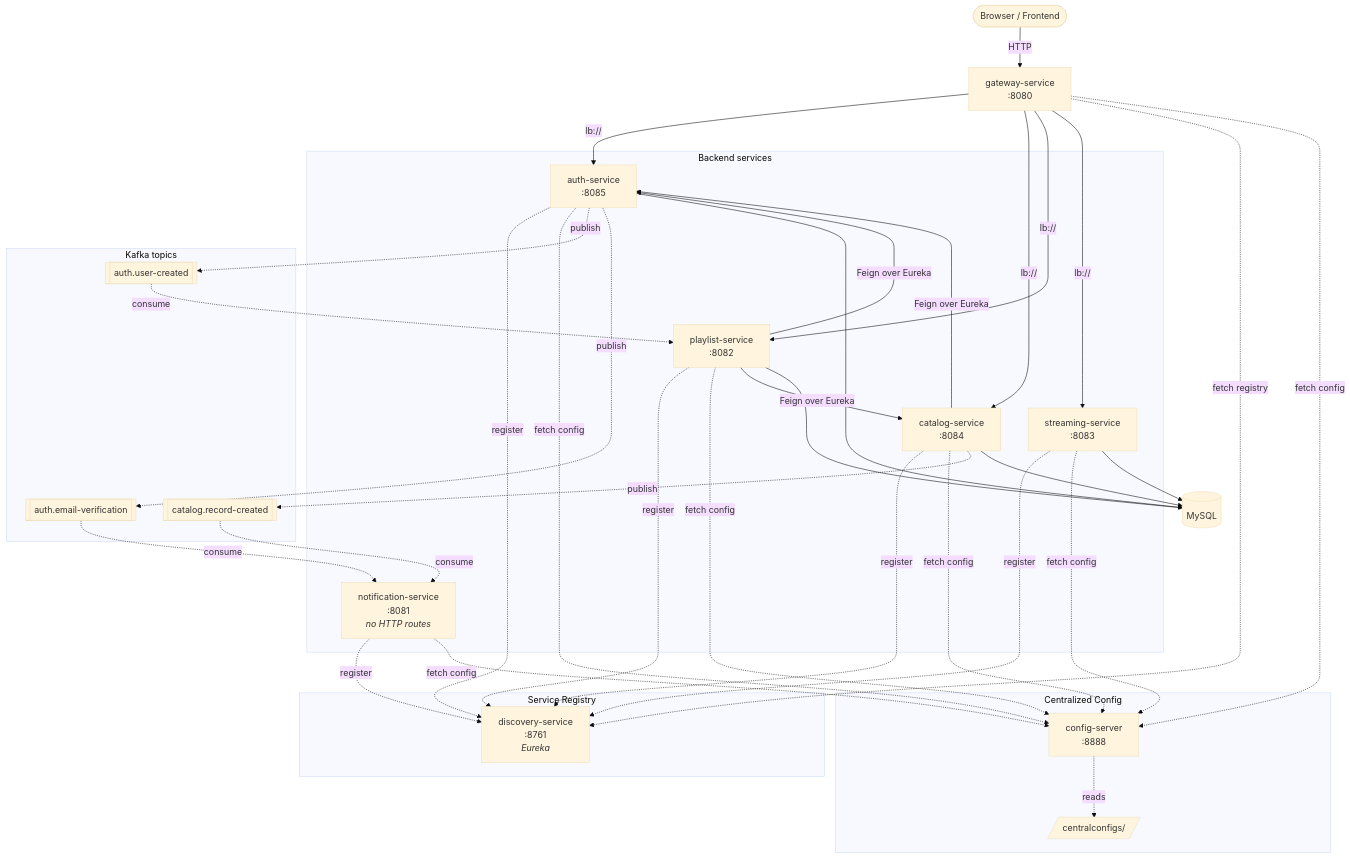
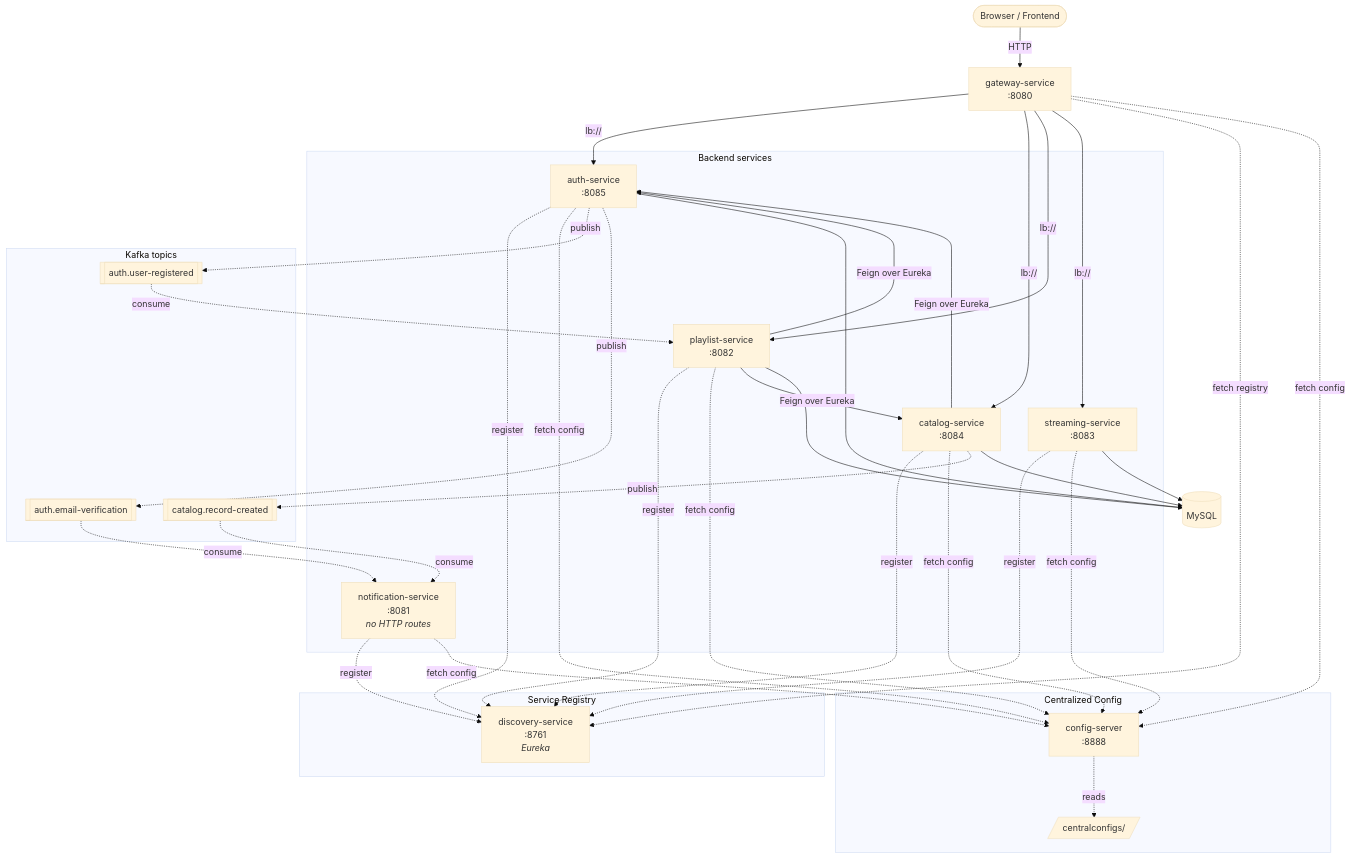
Before and after one commit to harshithrao07/cadence: the first of 4 diagrams in README.md, drawn with Mermaid (base theme). The commit also changed other lines of this file and 44 other files, not shown here.

````diff
--- a/README.md
+++ b/README.md
@@ -94,66 +94,66 @@
 ```mermaid
 flowchart TB
     client([Browser / Frontend])
 
     client -->|HTTP| gateway[gateway-service<br/>:8080]
 
     subgraph SR[Service Registry]
         eureka[discovery-service<br/>:8761<br/><i>Eureka</i>]
     end
 
     subgraph CFG[Centralized Config]
         cfgsrv[config-server<br/>:8888]
         repo[/centralconfigs//]
         cfgsrv -.reads.-> repo
     end
 
     subgraph BE[Backend services]
         auth[auth-service<br/>:8085]
         catalog[catalog-service<br/>:8084]
         playlist[playlist-service<br/>:8082]
         streaming[streaming-service<br/>:8083]
         notif[notification-service<br/>:8081<br/><i>no HTTP routes</i>]
     end
 
     gateway -->|lb://| auth
     gateway -->|lb://| catalog
     gateway -->|lb://| playlist
     gateway -->|lb://| streaming
 
     auth -.register.-> eureka
     catalog -.register.-> eureka
     playlist -.register.-> eureka
     streaming -.register.-> eureka
     notif -.register.-> eureka
     gateway -.fetch registry.-> eureka
 
     auth -.fetch config.-> cfgsrv
     catalog -.fetch config.-> cfgsrv
     playlist -.fetch config.-> cfgsrv
     streaming -.fetch config.-> cfgsrv
     notif -.fetch config.-> cfgsrv
     gateway -.fetch config.-> cfgsrv
 
     subgraph KAFKA[Kafka topics]
-        userCreated[[auth.user-created]]
+        userCreated[[auth.user-registered]]
         emailVerif[[auth.email-verification]]
         recordCreated[[catalog.record-created]]
     end
 
     auth -.publish.-> userCreated
     auth -.publish.-> emailVerif
     catalog -.publish.-> recordCreated
 
     userCreated -.consume.-> playlist
     emailVerif -.consume.-> notif
     recordCreated -.consume.-> notif
 
     catalog -->|Feign over Eureka| auth
     playlist -->|Feign over Eureka| auth
     playlist -->|Feign over Eureka| catalog
 
     auth --> mysql[(MySQL)]
     catalog --> mysql
     playlist --> mysql
     streaming --> mysql
 ```
````
